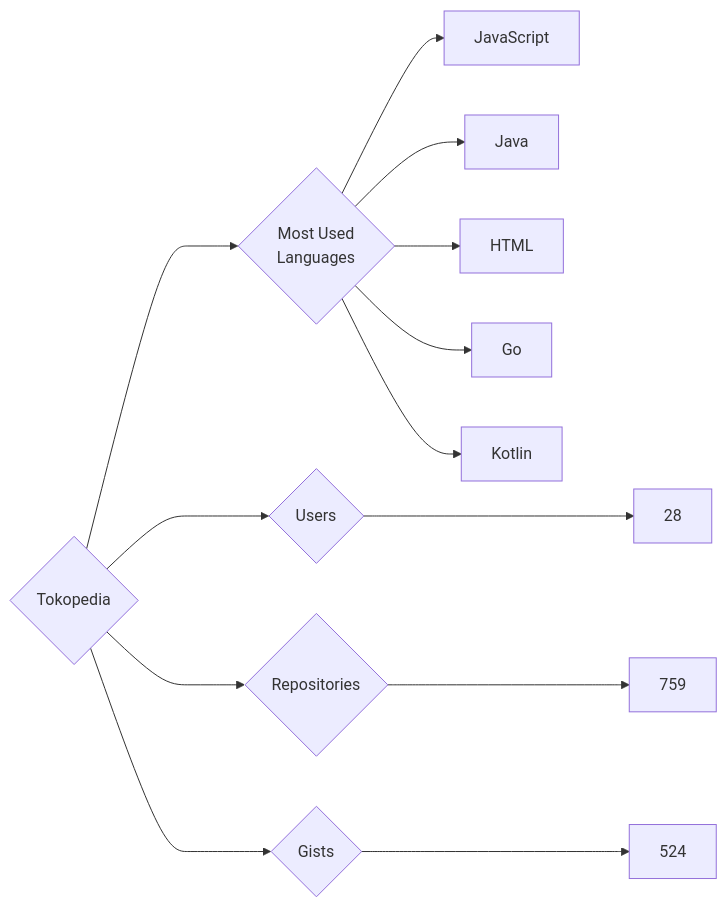
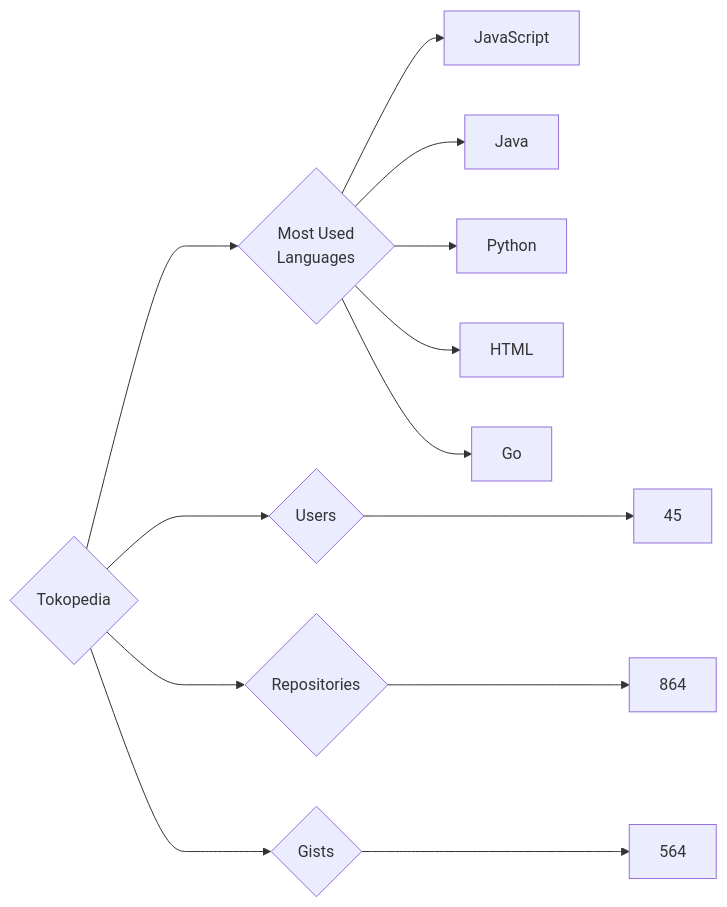
The diagram in targets/Tokopedia/README.md (trickest/insiders), drawn with Mermaid before and after one commit. The commit also changed 995 other files, not shown here.

````diff
--- a/targets/Tokopedia/README.md
+++ b/targets/Tokopedia/README.md
@@ -3,13 +3,13 @@
 ```mermaid
 graph LR
 COMPANY_NAME{Tokopedia}
-COMPANY_NAME ---> U{Users} ---> UN[28]
-COMPANY_NAME ---> R{Repositories} ---> RN[759]
-COMPANY_NAME ---> G{Gists} ---> GN[524]
+COMPANY_NAME ---> U{Users} ---> UN[45]
+COMPANY_NAME ---> R{Repositories} ---> RN[864]
+COMPANY_NAME ---> G{Gists} ---> GN[564]
 COMPANY_NAME ---> ML{Most Used<br>Languages}
 ML --> JavaScript[JavaScript]
 ML --> Java[Java]
+ML --> Python[Python]
 ML --> HTML[HTML]
 ML --> Go[Go]
-ML --> Kotlin[Kotlin]
 ```
````
